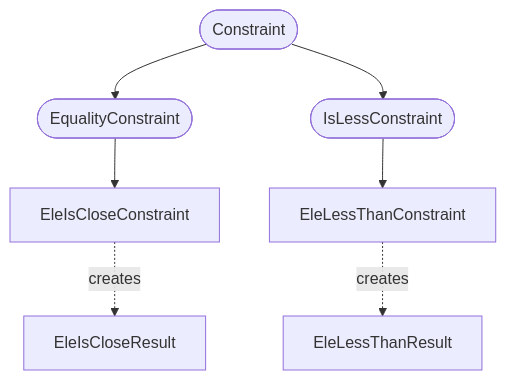
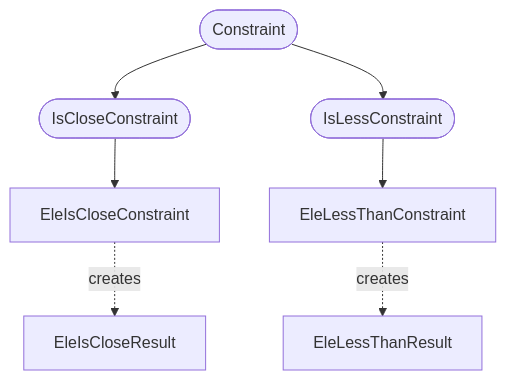
One commit to bmad-sim/pytao changed the sixth of 6 diagrams in docs/constraints/index.md. Above: the diagram before and after it, drawn with Mermaid. The commit also changed other lines of this file and 5 other files, not shown here.

````diff
--- a/docs/constraints/index.md
+++ b/docs/constraints/index.md
@@ -162,9 +162,9 @@
 ```mermaid
 flowchart TD
-    Constraint([Constraint]) --> EqualityConstraint([EqualityConstraint])
+    Constraint([Constraint]) --> IsCloseConstraint([IsCloseConstraint])
     Constraint --> IsLessConstraint([IsLessConstraint])
-    EqualityConstraint --> EleIsCloseConstraint[EleIsCloseConstraint]
+    IsCloseConstraint --> EleIsCloseConstraint[EleIsCloseConstraint]
     IsLessConstraint --> EleLessThanConstraint[EleLessThanConstraint]
     EleIsCloseConstraint -. creates .-> EleIsCloseResult[EleIsCloseResult]
     EleLessThanConstraint -. creates .-> EleLessThanResult[EleLessThanResult]
 ```
````
